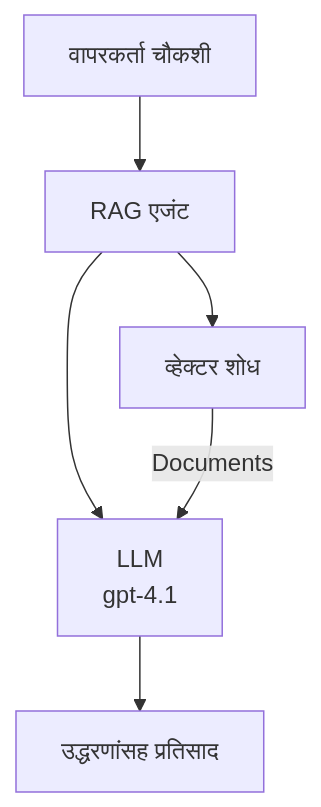
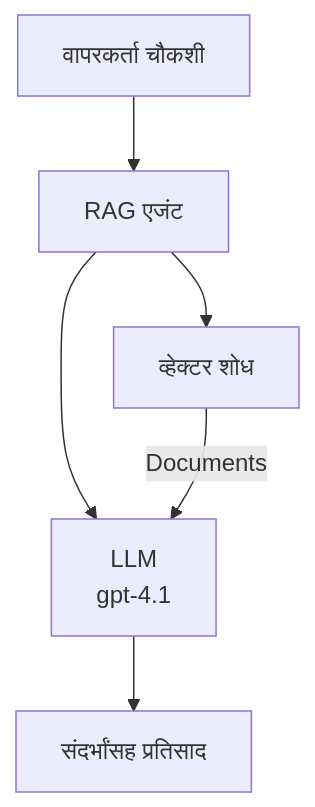
Before and after one commit to microsoft/AZD-for-beginners: the second of 3 diagrams in translations/mr/docs/chapter-02-ai-development/agents.md, drawn with Mermaid. The commit also changed other lines of this file and 62 other files, not shown here.

````diff
--- a/translations/mr/docs/chapter-02-ai-development/agents.md
+++ b/translations/mr/docs/chapter-02-ai-development/agents.md
@@ -181,8 +181,8 @@
 ```mermaid
 graph TD
     Query[वापरकर्ता चौकशी] --> RAG[RAG एजंट]
     RAG --> Vector[व्हेक्टर शोध]
     RAG --> LLM[LLM<br/>gpt-4.1]
     Vector -- Documents --> LLM
-    LLM --> Response[उद्धरणांसह प्रतिसाद]
+    LLM --> Response[संदर्भांसह प्रतिसाद]
 ```
````
